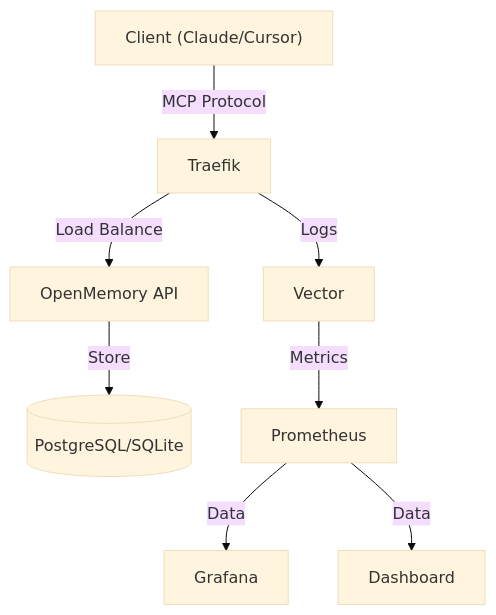
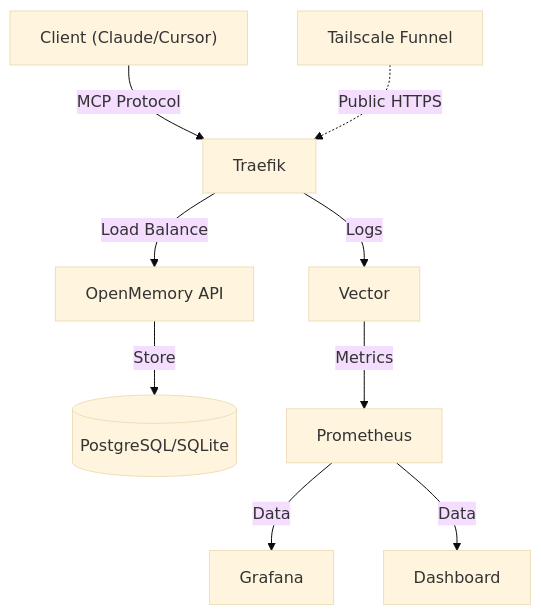
One commit to mikhailkogan17/cybermem changed the diagram in README.md. Above: the diagram before and after it, drawn with Mermaid (base theme). The commit also changed other lines of this file and 3 other files, not shown here.

````diff
--- a/README.md
+++ b/README.md
@@ -61,10 +61,11 @@
 ```mermaid
 graph TD
     Client["Client (Claude/Cursor)"] -->|MCP Protocol| Traefik
+    Tailscale["Tailscale Funnel"] -.->|Public HTTPS| Traefik
     Traefik -->|Load Balance| OM[OpenMemory API]
     Traefik -->|Logs| Vector
     OM -->|Store| DB[(PostgreSQL/SQLite)]
     Vector -->|Metrics| Prometheus
     Prometheus -->|Data| Grafana
     Prometheus -->|Data| Dashboard
 ```
````
